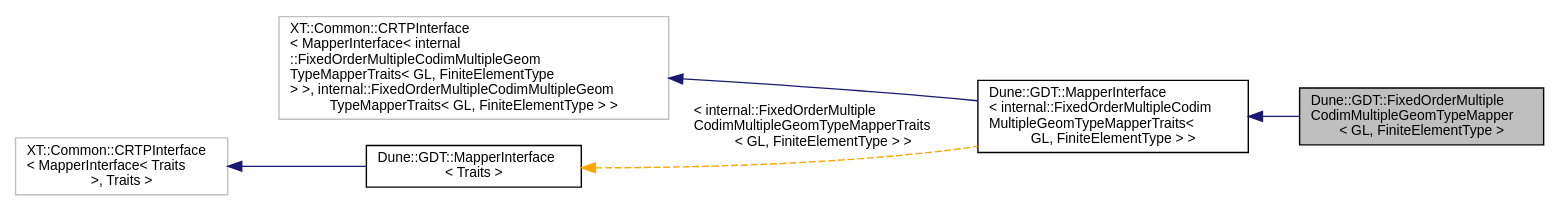
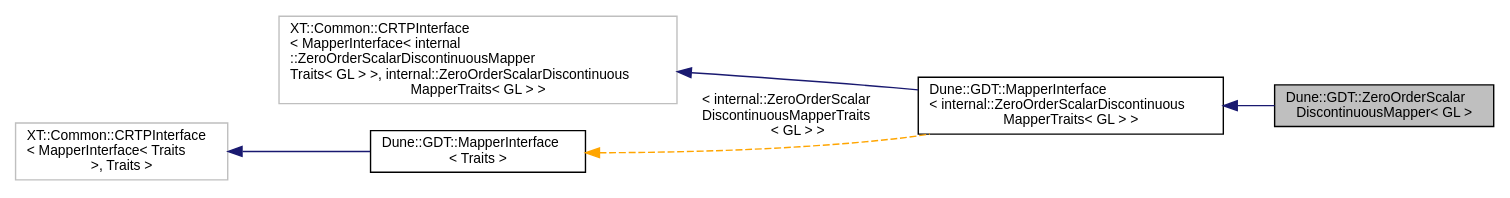
One commit to dune-community/dune-community.github.io changed the diagram in docs/dune-gdt/master/a02724.dot. Above: the diagram before and after it, drawn with Graphviz. The commit also changed 1973 other files, not shown here.

Commit message:
Updated documentation for dune-gdt master

```diff
--- a/docs/dune-gdt/master/a02724.dot
+++ b/docs/dune-gdt/master/a02724.dot
@@ -1,15 +1,15 @@
-digraph "Dune::GDT::FixedOrderMultipleCodimMultipleGeomTypeMapper&lt; GL, FiniteElementType &gt;"
+digraph "Dune::GDT::ZeroOrderScalarDiscontinuousMapper&lt; GL &gt;"
 {
   edge [fontname="Helvetica",fontsize="10",labelfontname="Helvetica",labelfontsize="10"];
   node [fontname="Helvetica",fontsize="10",shape=record];
   rankdir="LR";
-  Node0 [label="Dune::GDT::FixedOrderMultiple\lCodimMultipleGeomTypeMapper\l\< GL, FiniteElementType \>",height=0.2,width=0.4,color="black", fillcolor="grey75", style="filled", fontcolor="black"];
+  Node0 [label="Dune::GDT::ZeroOrderScalar\lDiscontinuousMapper\< GL \>",height=0.2,width=0.4,color="black", fillcolor="grey75", style="filled", fontcolor="black"];
   Node1 -> Node0 [dir="back",color="midnightblue",fontsize="10",style="solid",fontname="Helvetica"];
-  Node1 [label="Dune::GDT::MapperInterface\l\< internal::FixedOrderMultipleCodim\lMultipleGeomTypeMapperTraits\<\l GL, FiniteElementType \> \>",height=0.2,width=0.4,color="black", fillcolor="white", style="filled",URL="$a02793.html"];
+  Node1 [label="Dune::GDT::MapperInterface\l\< internal::ZeroOrderScalarDiscontinuous\lMapperTraits\< GL \> \>",height=0.2,width=0.4,color="black", fillcolor="white", style="filled",URL="$a02789.html"];
   Node2 -> Node1 [dir="back",color="midnightblue",fontsize="10",style="solid",fontname="Helvetica"];
-  Node2 [label="XT::Common::CRTPInterface\l\< MapperInterface\< internal\l::FixedOrderMultipleCodimMultipleGeom\lTypeMapperTraits\< GL, FiniteElementType\l \> \>, internal::FixedOrderMultipleCodimMultipleGeom\lTypeMapperTraits\< GL, FiniteElementType \> \>",height=0.2,width=0.4,color="grey75", fillcolor="white", style="filled"];
-  Node3 -> Node1 [dir="back",color="orange",fontsize="10",style="dashed",label=" \< internal::FixedOrderMultiple\lCodimMultipleGeomTypeMapperTraits\l\< GL, FiniteElementType \> \>" ,fontname="Helvetica"];
-  Node3 [label="Dune::GDT::MapperInterface\l\< Traits \>",height=0.2,width=0.4,color="black", fillcolor="white", style="filled",URL="$a02793.html"];
+  Node2 [label="XT::Common::CRTPInterface\l\< MapperInterface\< internal\l::ZeroOrderScalarDiscontinuousMapper\lTraits\< GL \> \>, internal::ZeroOrderScalarDiscontinuous\lMapperTraits\< GL \> \>",height=0.2,width=0.4,color="grey75", fillcolor="white", style="filled"];
+  Node3 -> Node1 [dir="back",color="orange",fontsize="10",style="dashed",label=" \< internal::ZeroOrderScalar\lDiscontinuousMapperTraits\l\< GL \> \>" ,fontname="Helvetica"];
+  Node3 [label="Dune::GDT::MapperInterface\l\< Traits \>",height=0.2,width=0.4,color="black", fillcolor="white", style="filled",URL="$a02789.html"];
   Node4 -> Node3 [dir="back",color="midnightblue",fontsize="10",style="solid",fontname="Helvetica"];
   Node4 [label="XT::Common::CRTPInterface\l\< MapperInterface\< Traits\l \>, Traits \>",height=0.2,width=0.4,color="grey75", fillcolor="white", style="filled"];
 }
```
